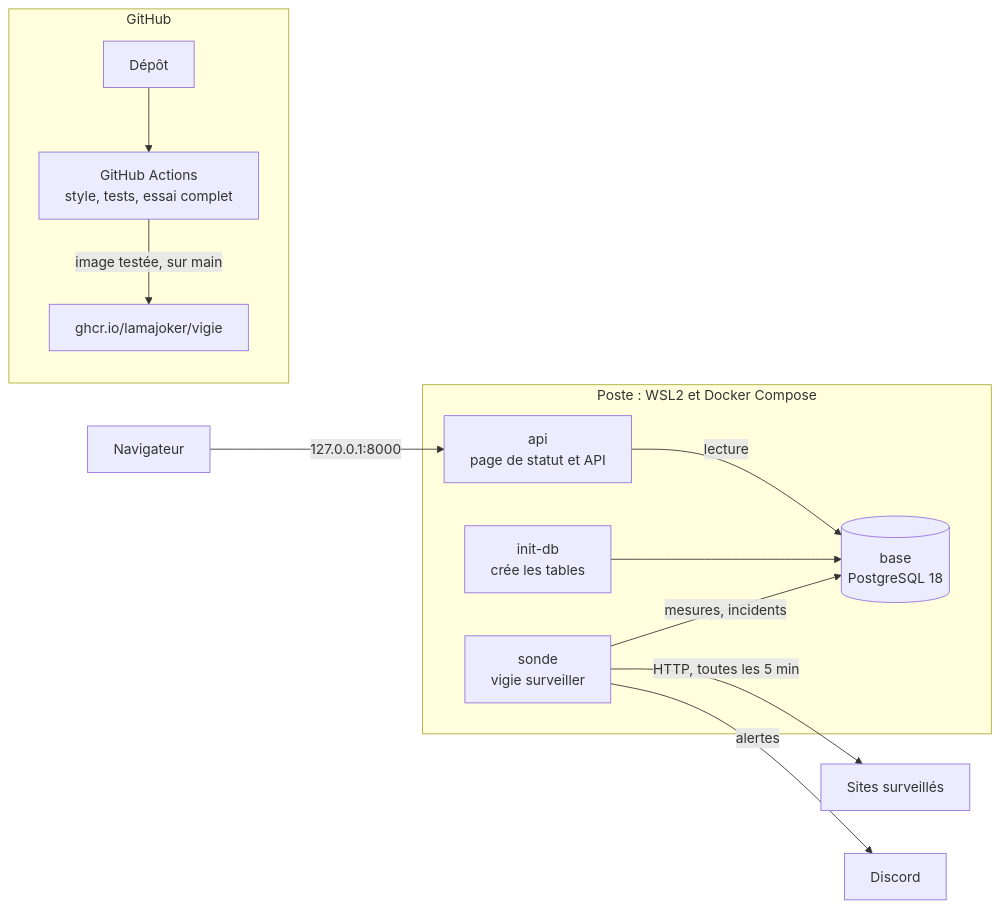
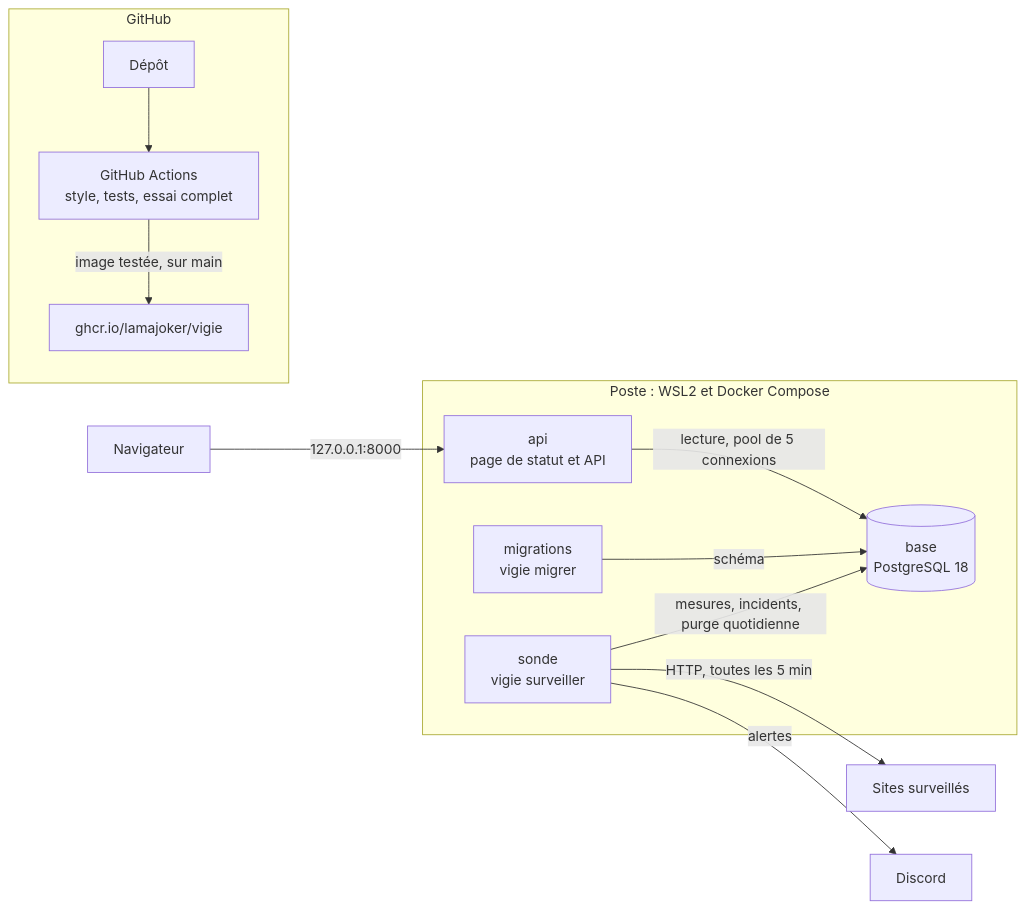
The first of 2 diagrams in docs/architecture.md (LamaJoker/vigie), drawn with Mermaid before and after one commit. The commit also changed other lines of this file and 31 other files, not shown here.

````diff
--- a/docs/architecture.md
+++ b/docs/architecture.md
@@ -7,26 +7,26 @@
 ```mermaid
 flowchart LR
     subgraph poste["Poste : WSL2 et Docker Compose"]
         sonde["sonde<br/>vigie surveiller"]
         api["api<br/>page de statut et API"]
-        initdb["init-db<br/>crée les tables"]
+        migrations["migrations<br/>vigie migrer"]
         base[("base<br/>PostgreSQL 18")]
     end
     sites["Sites surveillés"]
     discord["Discord"]
     navigateur["Navigateur"]
 
     sonde -->|"HTTP, toutes les 5 min"| sites
-    sonde -->|"mesures, incidents"| base
+    sonde -->|"mesures, incidents, purge quotidienne"| base
     sonde -->|"alertes"| discord
-    initdb --> base
-    api -->|"lecture"| base
+    migrations -->|"schéma"| base
+    api -->|"lecture, pool de 5 connexions"| base
     navigateur -->|"127.0.0.1:8000"| api
 
     subgraph github["GitHub"]
         depot["Dépôt"]
         ci["GitHub Actions<br/>style, tests, essai complet"]
         ghcr["ghcr.io/lamajoker/vigie"]
     end
     depot --> ci -->|"image testée, sur main"| ghcr
 ```
````
